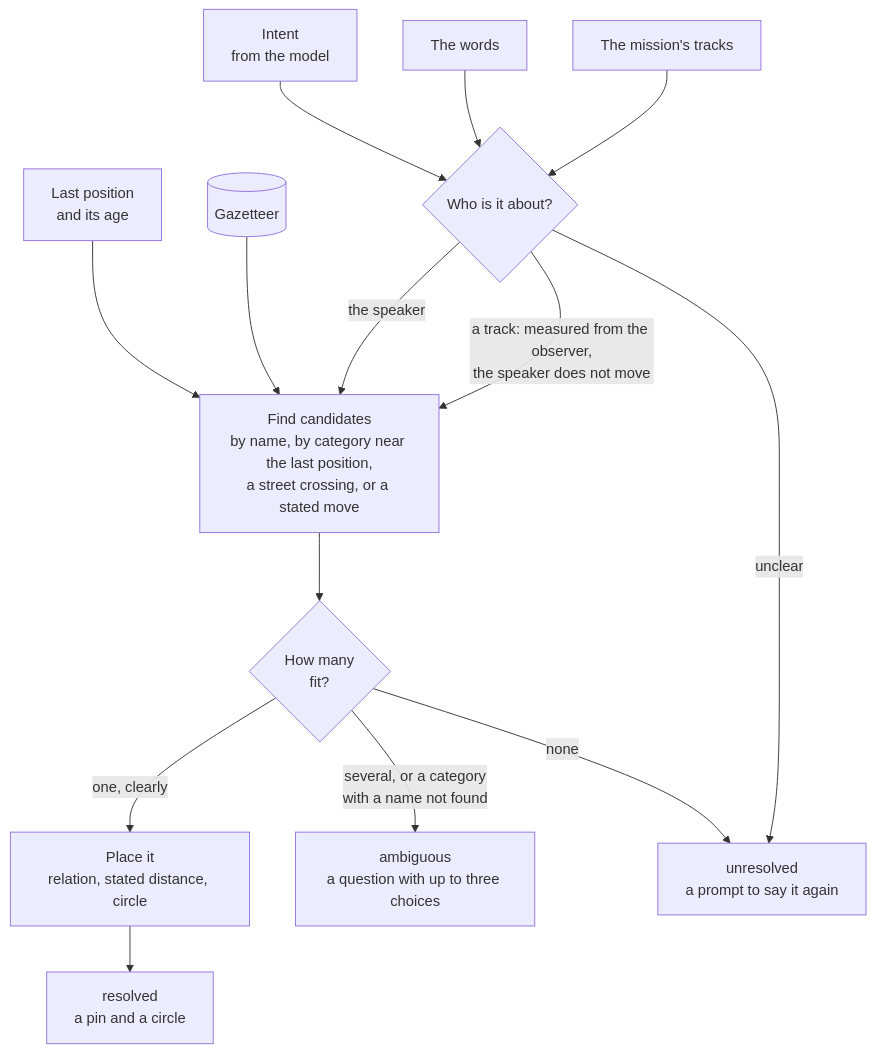
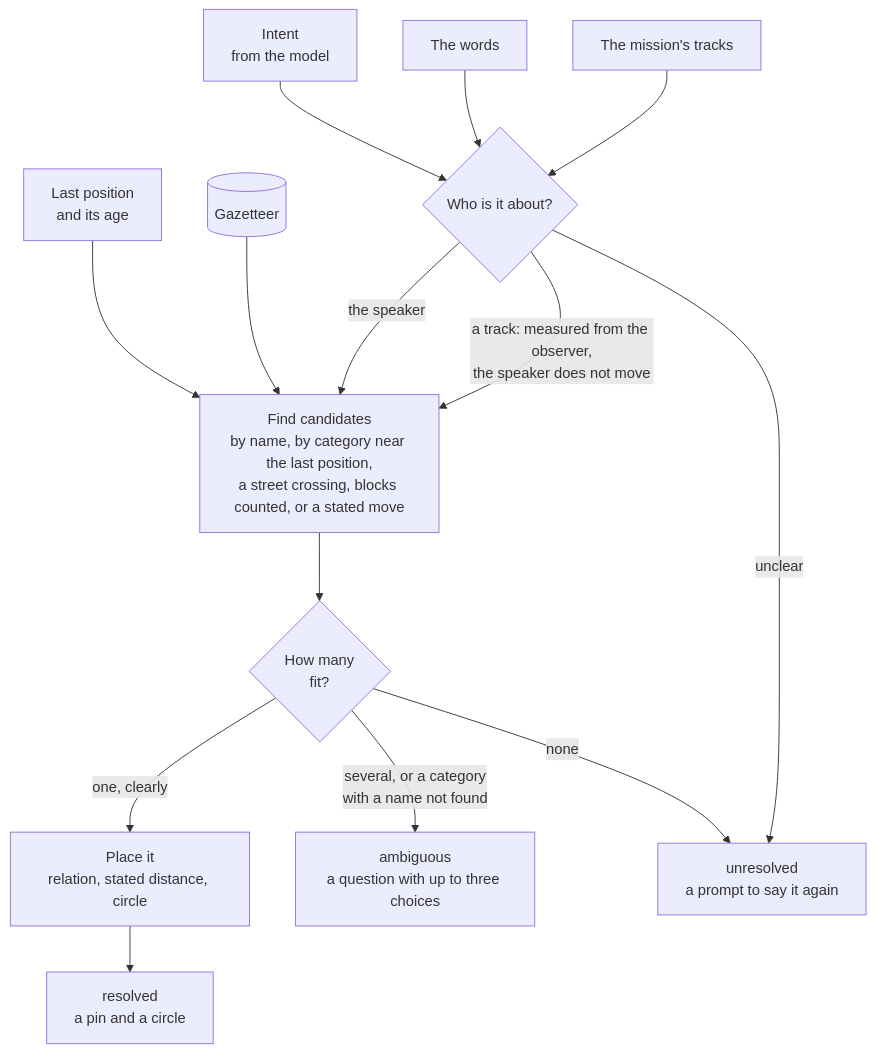
The fourth of 4 diagrams in docs/architecture.md (adam2765/edth-hackathon), drawn with Mermaid before and after one commit. The commit also changed 11 other files, not shown here.

First line of the commit message:
Resolver: count blocks along the street lines; ask which crossing when the counts differ

````diff
--- a/docs/architecture.md
+++ b/docs/architecture.md
@@ -159,27 +159,27 @@
 ```mermaid
 flowchart TB
     INT["Intent<br/>from the model"]
     WORDS["The words"]
     TRK["The mission's tracks"]
     LAST["Last position<br/>and its age"]
     GAZ[("Gazetteer")]
 
     WHO{"Who is it about?"}
-    FIND["Find candidates<br/>by name, by category near the last position,<br/>a street crossing, or a stated move"]
+    FIND["Find candidates<br/>by name, by category near the last position,<br/>a street crossing, blocks counted, or a stated move"]
     FIT{"How many<br/>fit?"}
     PLACE["Place it<br/>relation, stated distance, circle"]
 
     OK["resolved<br/>a pin and a circle"]
     ASK["ambiguous<br/>a question with up to three choices"]
     NO["unresolved<br/>a prompt to say it again"]
 
     INT & WORDS & TRK --> WHO
     WHO -- "the speaker" --> FIND
     WHO -- "a track: measured from the observer,<br/>the speaker does not move" --> FIND
     WHO -- "unclear" --> NO
     LAST & GAZ --> FIND
     FIND --> FIT
     FIT -- "one, clearly" --> PLACE --> OK
     FIT -- "several, or a category<br/>with a name not found" --> ASK
     FIT -- "none" --> NO
 ```
````
